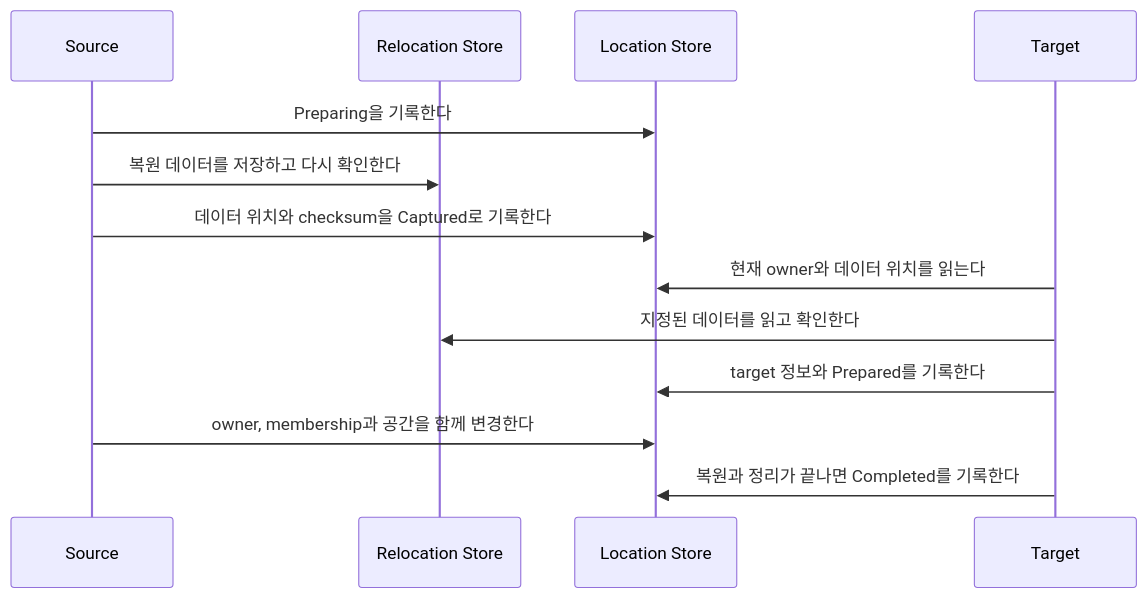
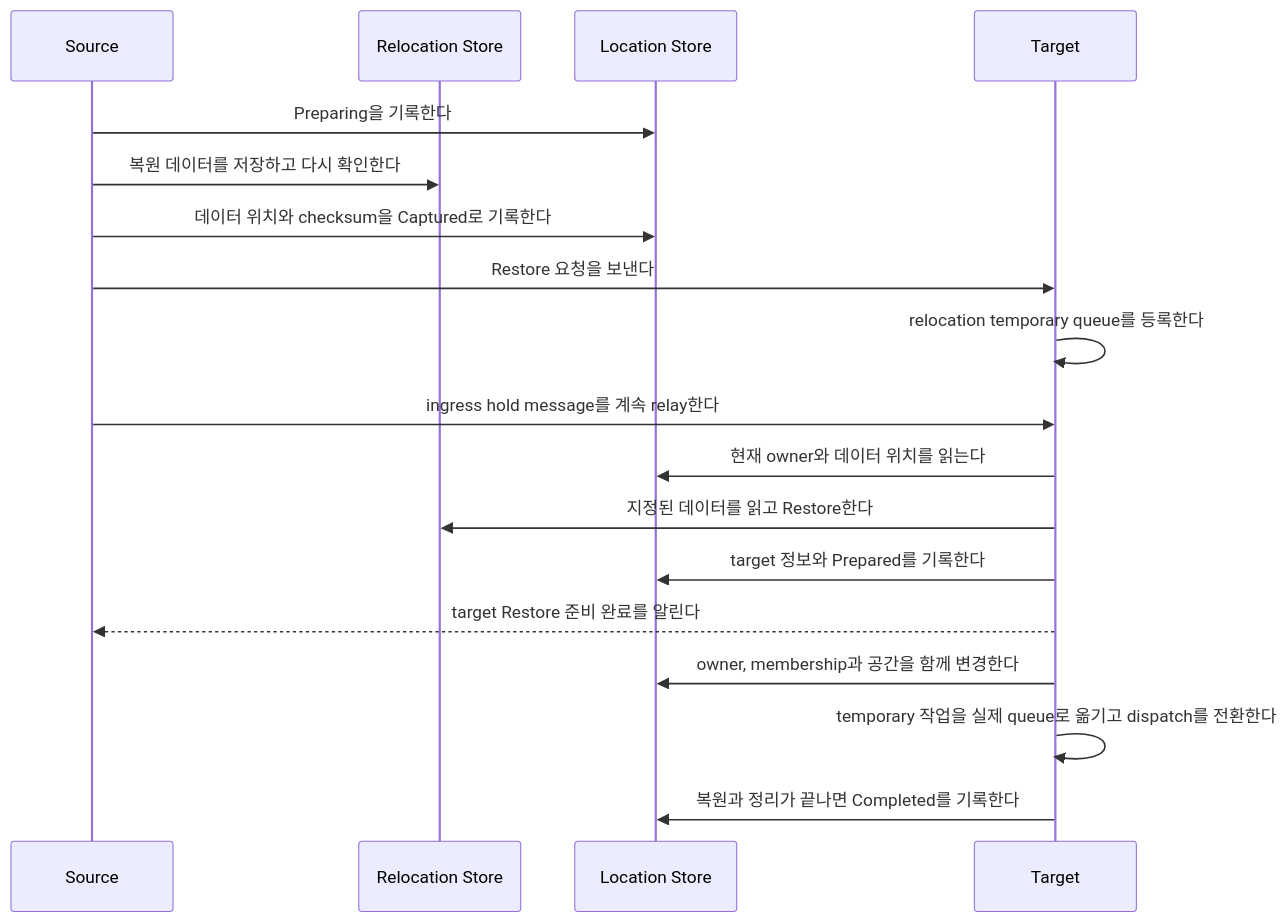
The fourth of 4 diagrams in framework/doc/framework/common/spec/21-location-runtime.ko.md (kairos-code-dev/zlink), drawn with Mermaid before and after one commit. The commit also changed other lines of this file and 262 other files, not shown here.

````diff
--- a/framework/doc/framework/common/spec/21-location-runtime.ko.md
+++ b/framework/doc/framework/common/spec/21-location-runtime.ko.md
@@ -842,16 +868,21 @@
 ```mermaid
 sequenceDiagram
     participant S as Source
     participant B as Relocation Store
     participant L as Location Store
     participant T as Target
 
     S->>L: Preparing을 기록한다
     S->>B: 복원 데이터를 저장하고 다시 확인한다
     S->>L: 데이터 위치와 checksum을 Captured로 기록한다
+    S->>T: Restore 요청을 보낸다
+    T->>T: relocation temporary queue를 등록한다
+    S->>T: ingress hold message를 계속 relay한다
     T->>L: 현재 owner와 데이터 위치를 읽는다
-    T->>B: 지정된 데이터를 읽고 확인한다
+    T->>B: 지정된 데이터를 읽고 Restore한다
     T->>L: target 정보와 Prepared를 기록한다
-    S->>L: owner, membership과 공간을 함께 변경한다
+    T-->>S: target Restore 준비 완료를 알린다
+    T->>L: owner, membership과 공간을 함께 변경한다
+    T->>T: temporary 작업을 실제 queue로 옮기고 dispatch를 전환한다
     T->>L: 복원과 정리가 끝나면 Completed를 기록한다
 ```
````
